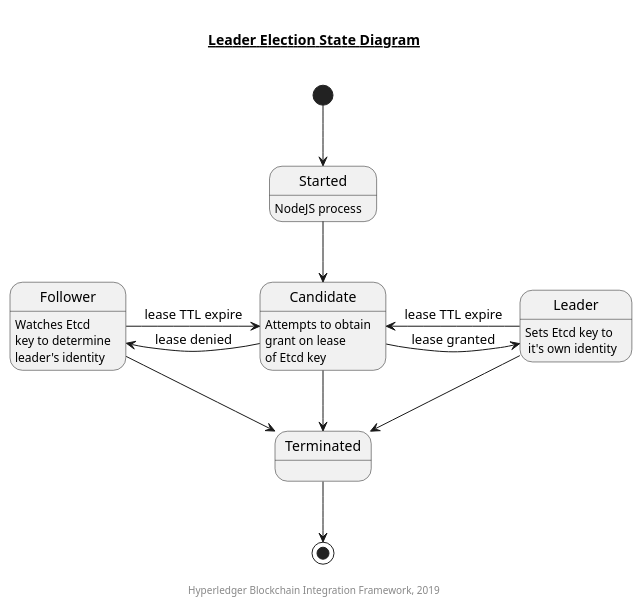
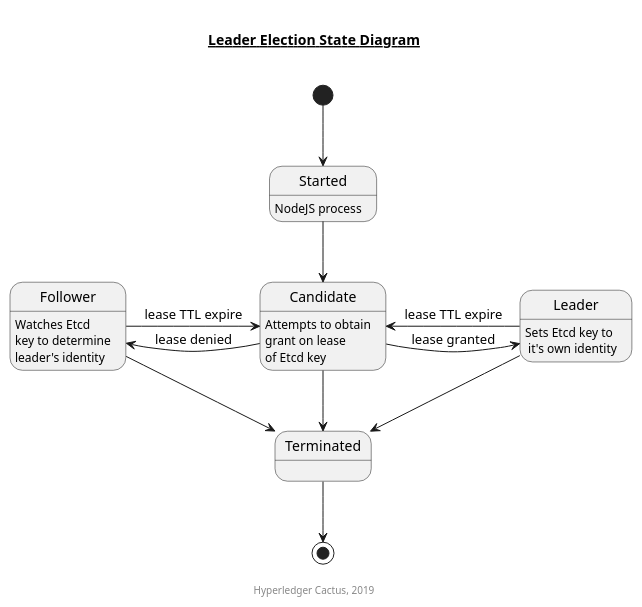
The diagram in docs/architecture/validator/leader-election/state-diagram-validator.puml (hyperledger-cacti/cacti), drawn with PlantUML before and after one commit. The commit also changed 32 other files, not shown here.

Commit message:
docs: Name change to Hyperledger Cactus

```diff
--- a/docs/architecture/validator/leader-election/state-diagram-validator.puml
+++ b/docs/architecture/validator/leader-election/state-diagram-validator.puml
@@ -1,25 +1,25 @@
 @startuml state-diagram-validator
 
 title \n<u>Leader Election State Diagram</u>\n
-footer \nHyperledger Blockchain Integration Framework, 2019
+footer \nHyperledger Cactus, 2019
 
 [*] --> Started
 Started --> Candidate
 Started: NodeJS process
 
 Candidate : Attempts to obtain\ngrant on lease\nof Etcd key
 Leader: Sets Etcd key to\n it's own identity
 Follower: Watches Etcd\nkey to determine\nleader's identity
 
 Candidate -> Follower: lease denied
 Follower -> Candidate: lease TTL expire
 Leader -> Candidate: lease TTL expire
 Candidate -> Leader: lease granted
 
 Candidate --> Terminated
 Follower --> Terminated
 Leader --> Terminated
 
 Terminated --> [*]
 
 @enduml
```
